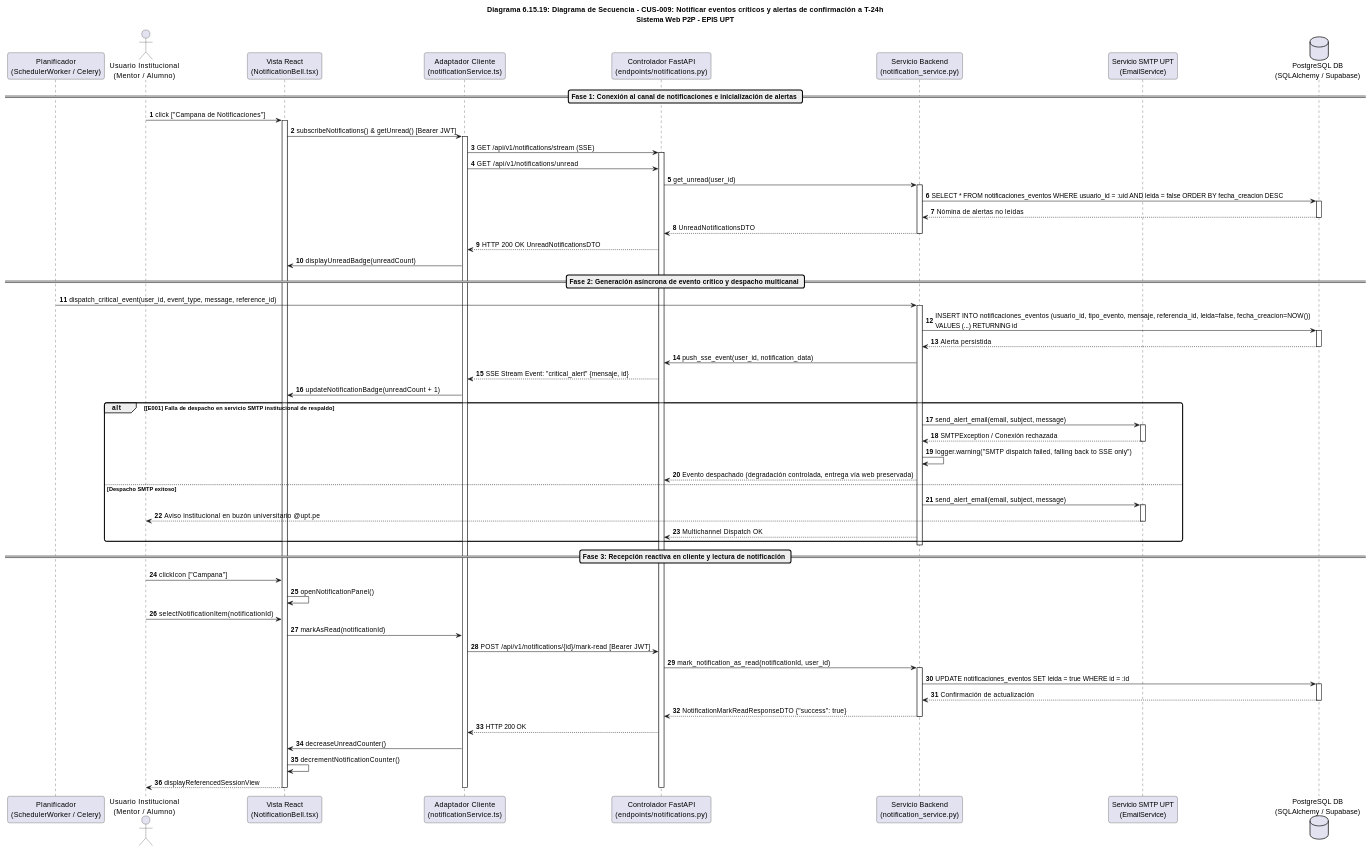
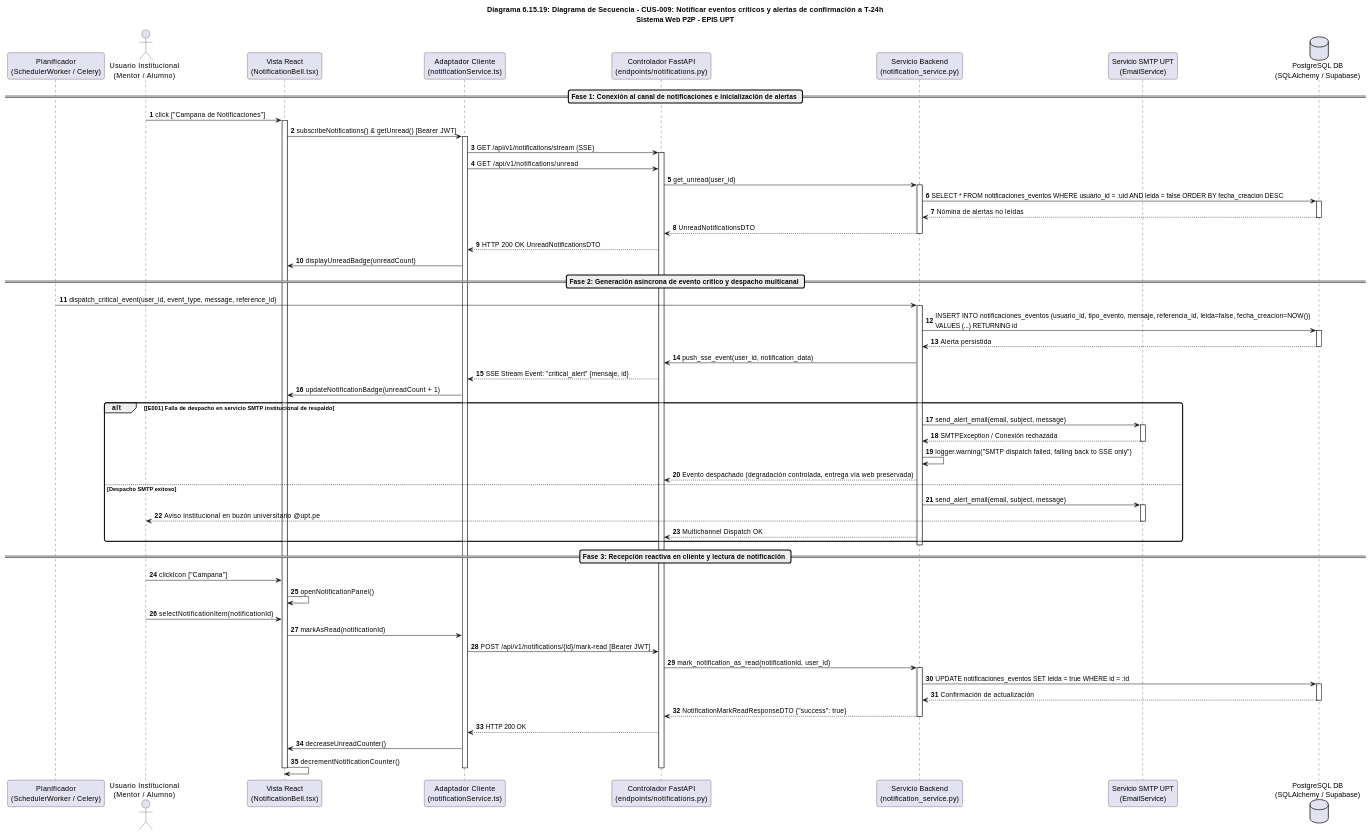
Before and after one commit to JMedina255/sistema_web_p2p: diagram 20 of 25 in docs/diseño/DIAGRAMAS_DE_SECUENCIA_CONSOLIDADOS.md, drawn with PlantUML. The commit also changed other lines of this file and 1 other file, not shown here.

Commit message:
docs(diseño): alinear diagramas de secuencia con estándar Visual Paradigm y flujo de vista estricto

```diff
--- a/docs/diseño/DIAGRAMAS_DE_SECUENCIA_CONSOLIDADOS.md
+++ b/docs/diseño/DIAGRAMAS_DE_SECUENCIA_CONSOLIDADOS.md
@@ -2424,7 +2397,6 @@
 API --> Client: HTTP 200 OK
 Client -> UI: decreaseUnreadCounter()
 UI -> UI: decrementNotificationCounter()
-UI --> User: displayReferencedSessionView
 deactivate Client
 deactivate API
 deactivate UI
```
